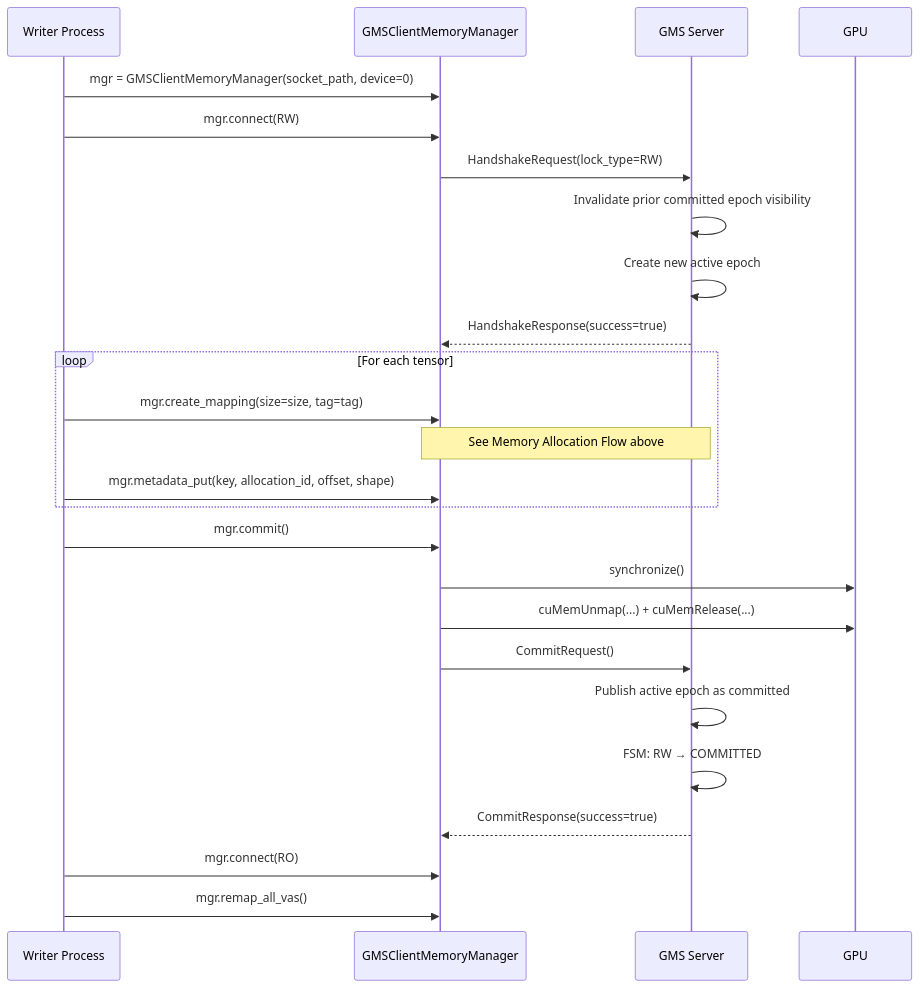
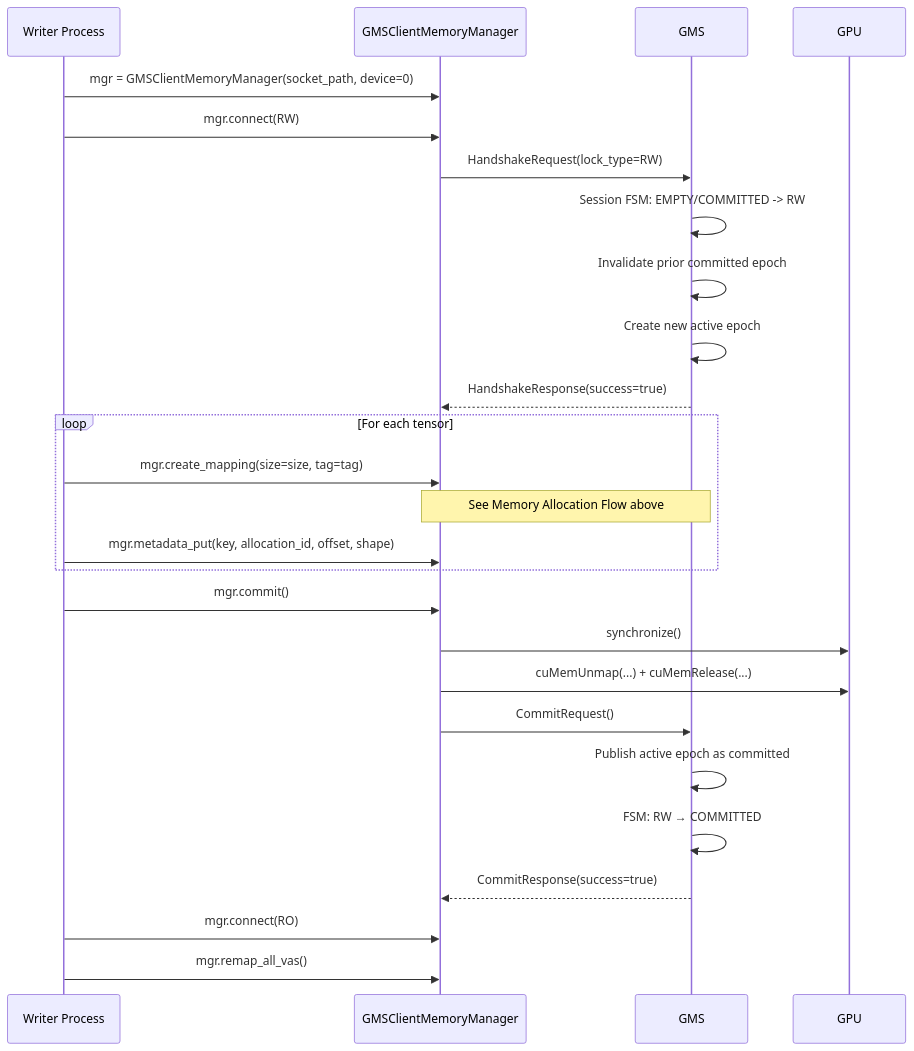
The fifth of 8 diagrams in lib/gpu_memory_service/README.md (ai-dynamo/dynamo), drawn with Mermaid before and after one commit. The commit also changed other lines of this file and 15 other files, not shown here.

Commit message:
Refactor GMS client and server session layers

````diff
--- a/lib/gpu_memory_service/README.md
+++ b/lib/gpu_memory_service/README.md
@@ -256,29 +255,30 @@
 ```mermaid
 sequenceDiagram
     participant W as Writer Process
     participant C as GMSClientMemoryManager
-    participant S as GMS Server
+    participant S as GMS
 
     W->>C: mgr = GMSClientMemoryManager(socket_path, device=0)
     W->>C: mgr.connect(RW)
     C->>S: HandshakeRequest(lock_type=RW)
-    S->>S: Invalidate prior committed epoch visibility
+    S->>S: Session FSM: EMPTY/COMMITTED -> RW
+    S->>S: Invalidate prior committed epoch
     S->>S: Create new active epoch
     S-->>C: HandshakeResponse(success=true)
 
     loop For each tensor
         W->>C: mgr.create_mapping(size=size, tag=tag)
         Note over C,S: See Memory Allocation Flow above
         W->>C: mgr.metadata_put(key, allocation_id, offset, shape)
     end
 
     W->>C: mgr.commit()
     C->>GPU: synchronize()
     C->>GPU: cuMemUnmap(...) + cuMemRelease(...)
     C->>S: CommitRequest()
     S->>S: Publish active epoch as committed
     S->>S: FSM: RW → COMMITTED
     S-->>C: CommitResponse(success=true)
     W->>C: mgr.connect(RO)
     W->>C: mgr.remap_all_vas()
 ```
````
